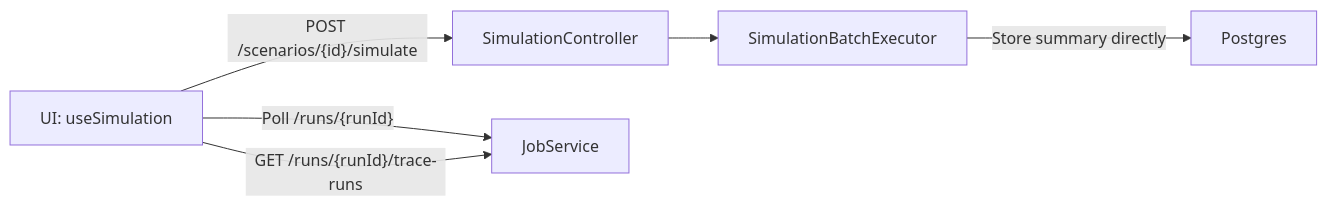
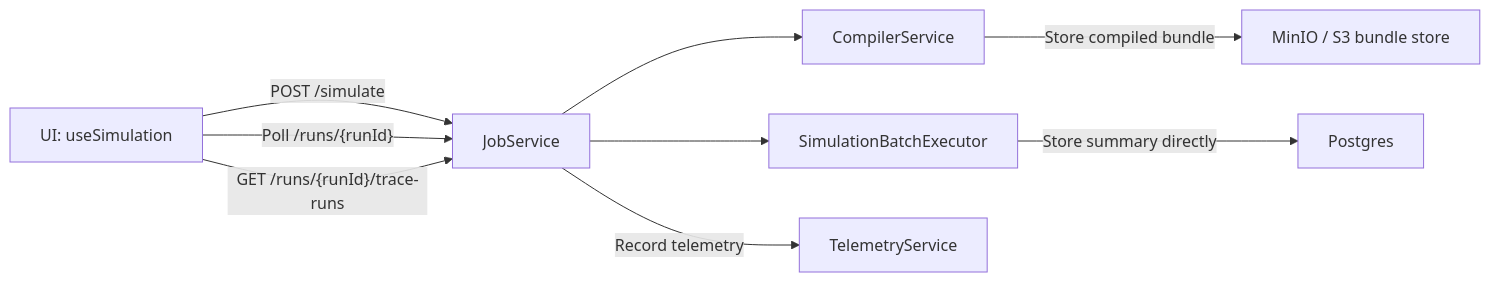
The third of 4 diagrams in docs/architecture/knowledge-graph.md (danagbemava/athanor), drawn with Mermaid before and after one commit. The commit also changed other lines of this file and 1 other file, not shown here.

Commit message:
Finalize knowledge graph details

````diff
--- a/docs/architecture/knowledge-graph.md
+++ b/docs/architecture/knowledge-graph.md
@@ -137,8 +158,11 @@
 ```mermaid
 flowchart LR
-  UI["UI: useSimulation"] -->|"POST /scenarios/{id}/simulate"| Local["SimulationController"]
-  Local --> Exec["SimulationBatchExecutor"]
+  UI["UI: useSimulation"] -->|"POST /simulate"| Job["JobService"]
+  Job --> Compiler["CompilerService"]
+  Compiler -->|"Store compiled bundle"| BundleStore["MinIO / S3 bundle store"]
+  Job --> Exec["SimulationBatchExecutor"]
   Exec -->|"Store summary directly"| Postgres["Postgres"]
-  UI -->|"Poll /runs/{runId}"| Job["JobService"]
+  Job -->|"Record telemetry"| Telemetry["TelemetryService"]
+  UI -->|"Poll /runs/{runId}"| Job
   UI -->|"GET /runs/{runId}/trace-runs"| Job
 ```
````
